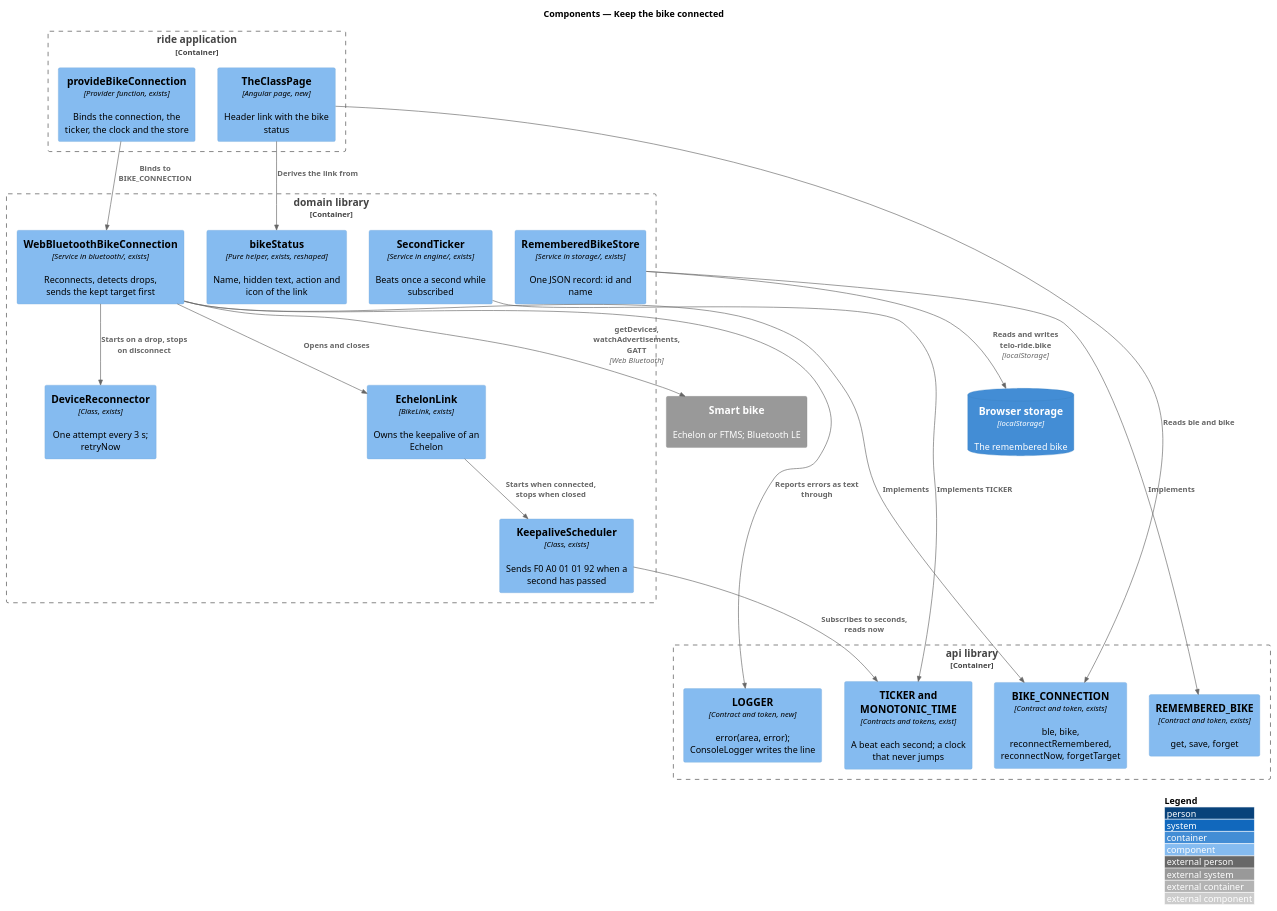
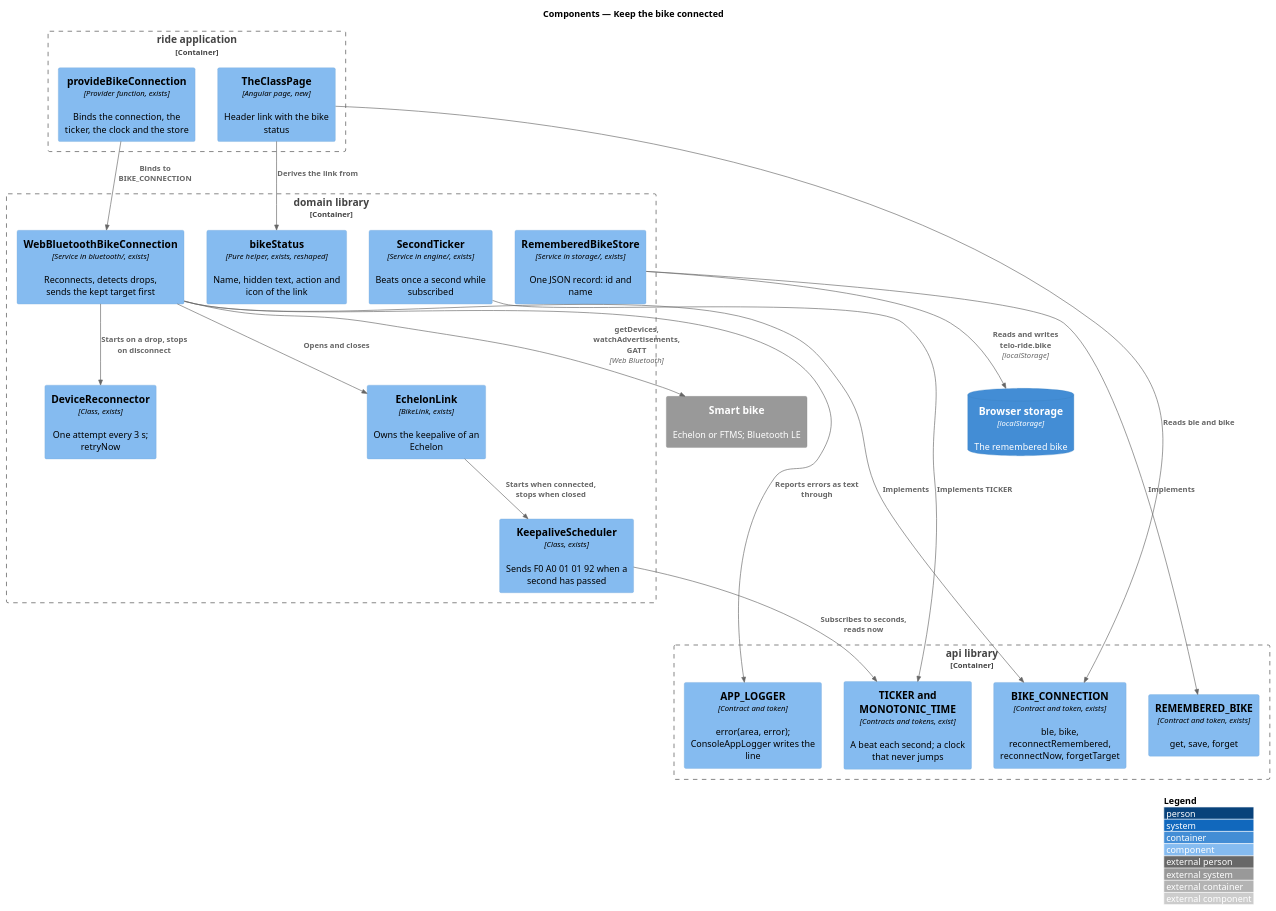
One commit to QuinntyneBrown/ride-one changed the diagram in docs/detailed-designs/bike/keep-the-bike-connected/diagrams/c4-component.puml. Above: the diagram before and after it, drawn with PlantUML. The commit also changed 45 other files, not shown here.

```diff
--- a/docs/detailed-designs/bike/keep-the-bike-connected/diagrams/c4-component.puml
+++ b/docs/detailed-designs/bike/keep-the-bike-connected/diagrams/c4-component.puml
@@ -1,41 +1,41 @@
 @startuml
 !include <C4/C4_Component>
 LAYOUT_WITH_LEGEND()
 title Components — Keep the bike connected
 
 System_Ext(bike, "Smart bike", "Echelon or FTMS; Bluetooth LE")
 ContainerDb(storage, "Browser storage", "localStorage", "The remembered bike")
 Container_Boundary(ride, "ride application") {
   Component(classPage, "TheClassPage", "Angular page, new", "Header link with the bike status")
   Component(provide, "provideBikeConnection", "Provider function, exists", "Binds the connection, the ticker, the clock and the store")
 }
 Container_Boundary(domain, "domain library") {
   Component(conn, "WebBluetoothBikeConnection", "Service in bluetooth/, exists", "Reconnects, detects drops, sends the kept target first")
   Component(recon, "DeviceReconnector", "Class, exists", "One attempt every 3 s; retryNow")
   Component(link, "EchelonLink", "BikeLink, exists", "Owns the keepalive of an Echelon")
   Component(keep, "KeepaliveScheduler", "Class, exists", "Sends F0 A0 01 01 92 when a second has passed")
   Component(ticker, "SecondTicker", "Service in engine/, exists", "Beats once a second while subscribed")
   Component(status, "bikeStatus", "Pure helper, exists, reshaped", "Name, hidden text, action and icon of the link")
   Component(store, "RememberedBikeStore", "Service in storage/, exists", "One JSON record: id and name")
 }
 Container_Boundary(api, "api library") {
   Component(token, "BIKE_CONNECTION", "Contract and token, exists", "ble, bike, reconnectRemembered, reconnectNow, forgetTarget")
   Component(remToken, "REMEMBERED_BIKE", "Contract and token, exists", "get, save, forget")
   Component(tick, "TICKER and MONOTONIC_TIME", "Contracts and tokens, exist", "A beat each second; a clock that never jumps")
-  Component(logger, "LOGGER", "Contract and token, new", "error(area, error); ConsoleLogger writes the line")
+  Component(logger, "APP_LOGGER", "Contract and token", "error(area, error); ConsoleAppLogger writes the line")
 }
 
 Rel(provide, conn, "Binds to BIKE_CONNECTION")
 Rel(conn, token, "Implements")
 Rel(store, remToken, "Implements")
 Rel(ticker, tick, "Implements TICKER")
 Rel(classPage, token, "Reads ble and bike")
 Rel(classPage, status, "Derives the link from")
 Rel(conn, recon, "Starts on a drop, stops on disconnect")
 Rel(conn, link, "Opens and closes")
 Rel(link, keep, "Starts when connected, stops when closed")
 Rel(keep, tick, "Subscribes to seconds, reads now")
 Rel(conn, logger, "Reports errors as text through")
 Rel(store, storage, "Reads and writes telo-ride.bike", "localStorage")
 Rel(conn, bike, "getDevices, watchAdvertisements, GATT", "Web Bluetooth")
 @enduml
```
